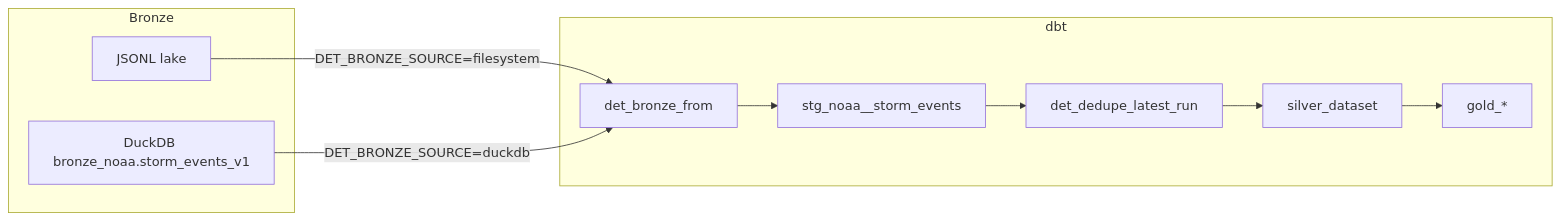
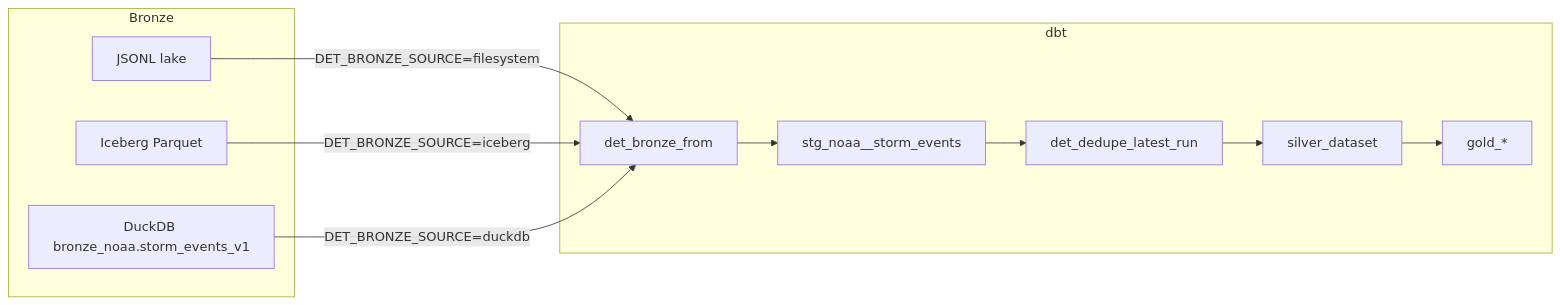
Before and after one commit to codekid/det: the seventh of 8 diagrams in README.md, drawn with Mermaid. The commit also changed other lines of this file and 31 other files, not shown here.

First line of the commit message:
Land SQL and Iceberg bronze with replace-by-run and schema-aware DDL.

````diff
--- a/README.md
+++ b/README.md
@@ -474,17 +494,19 @@
 ```mermaid
 flowchart LR
   subgraph bronzeSide [Bronze]
     lakeJSONL[JSONL lake]
+    lakeIceberg[Iceberg Parquet]
     duckTable[DuckDB bronze_noaa.storm_events_v1]
   end
   subgraph dbtSide [dbt]
     macro[det_bronze_from]
     stg[stg_noaa__storm_events]
     dedupe[det_dedupe_latest_run]
     silver[silver_dataset]
     gold[gold_*]
     macro --> stg --> dedupe --> silver --> gold
   end
   lakeJSONL -->|DET_BRONZE_SOURCE=filesystem| macro
+  lakeIceberg -->|DET_BRONZE_SOURCE=iceberg| macro
   duckTable -->|DET_BRONZE_SOURCE=duckdb| macro
 ```
````
